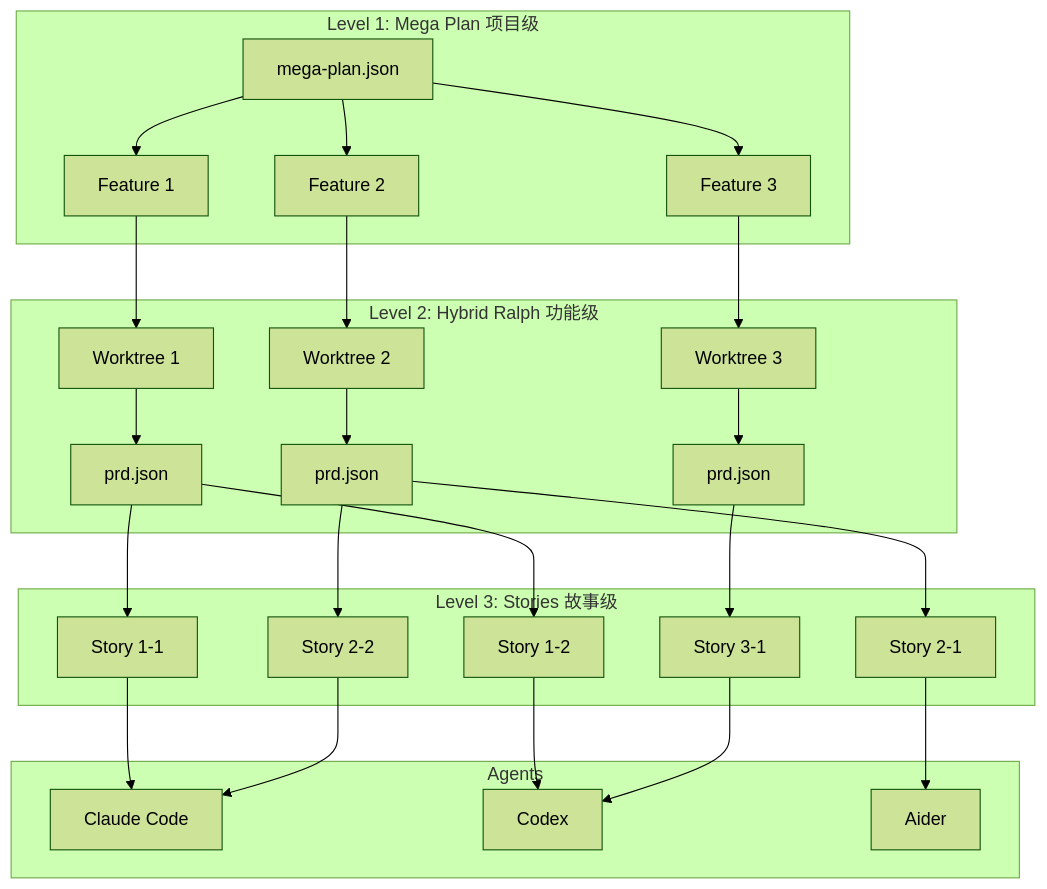
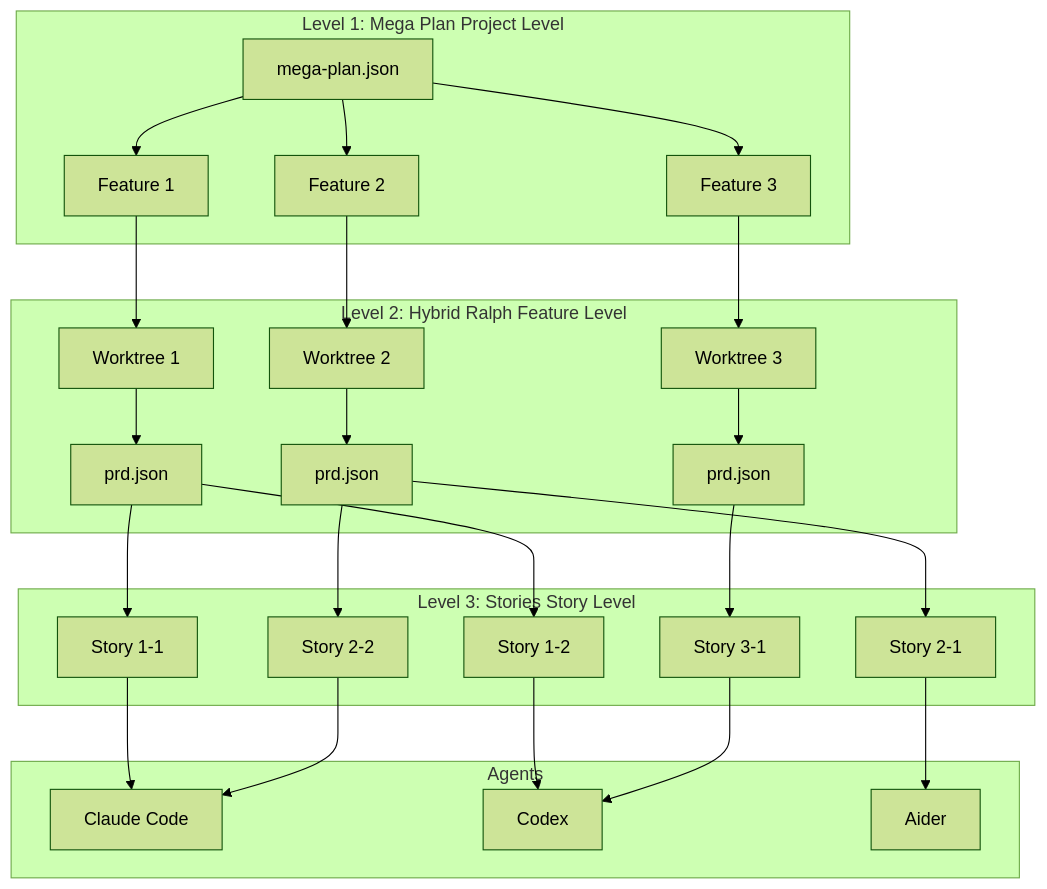
The first of 8 diagrams in docs/System-Architecture.md (Taoidle/plan-cascade), drawn with Mermaid (forest theme) before and after one commit. The commit also changed other lines of this file and 13 other files, not shown here.

````diff
--- a/docs/System-Architecture.md
+++ b/docs/System-Architecture.md
@@ -27,33 +29,33 @@
 ```mermaid
 graph TB
-    subgraph "Level 1: Mega Plan 项目级"
+    subgraph "Level 1: Mega Plan Project Level"
         MP[mega-plan.json] --> F1[Feature 1]
         MP --> F2[Feature 2]
         MP --> F3[Feature 3]
     end
 
-    subgraph "Level 2: Hybrid Ralph 功能级"
+    subgraph "Level 2: Hybrid Ralph Feature Level"
         F1 --> W1[Worktree 1]
         F2 --> W2[Worktree 2]
         F3 --> W3[Worktree 3]
         W1 --> PRD1[prd.json]
         W2 --> PRD2[prd.json]
         W3 --> PRD3[prd.json]
     end
 
-    subgraph "Level 3: Stories 故事级"
+    subgraph "Level 3: Stories Story Level"
         PRD1 --> S1[Story 1-1]
         PRD1 --> S2[Story 1-2]
         PRD2 --> S3[Story 2-1]
         PRD2 --> S4[Story 2-2]
         PRD3 --> S5[Story 3-1]
     end
 
     subgraph "Agents"
         S1 --> A1[Claude Code]
         S2 --> A2[Codex]
         S3 --> A3[Aider]
         S4 --> A1
         S5 --> A2
     end
 ```
````
